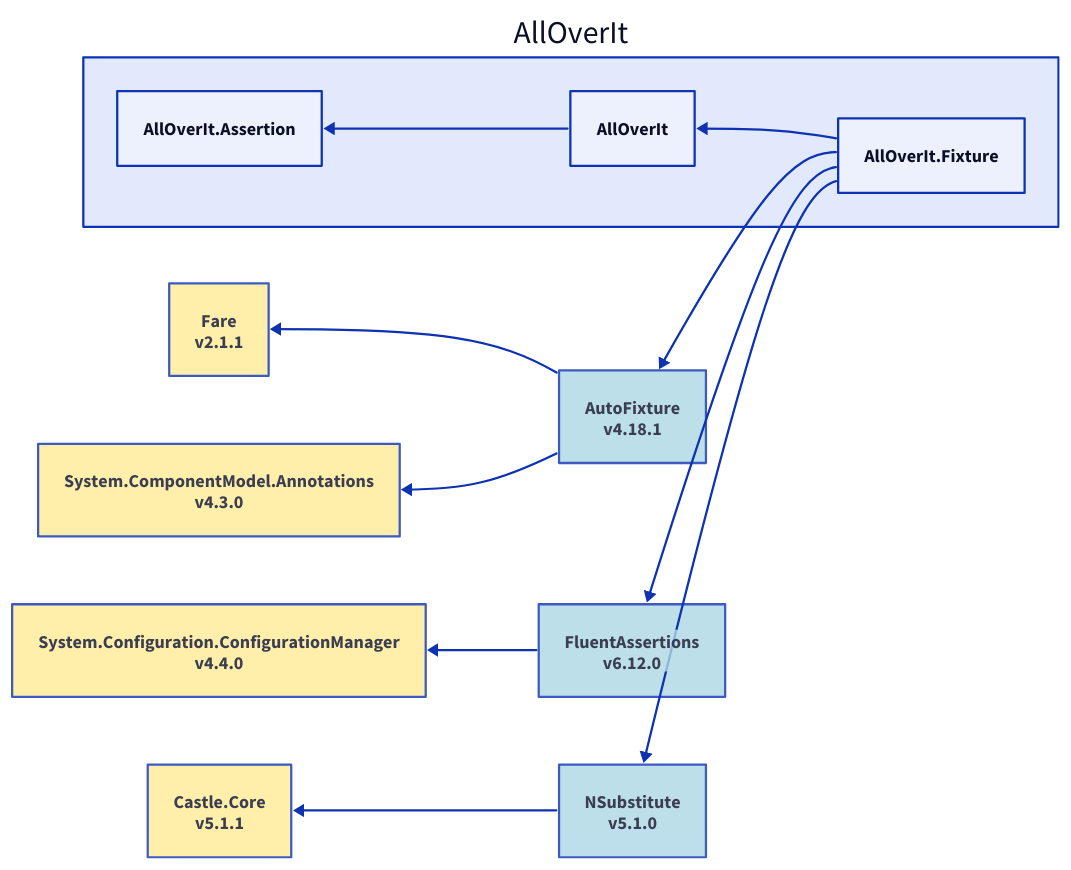
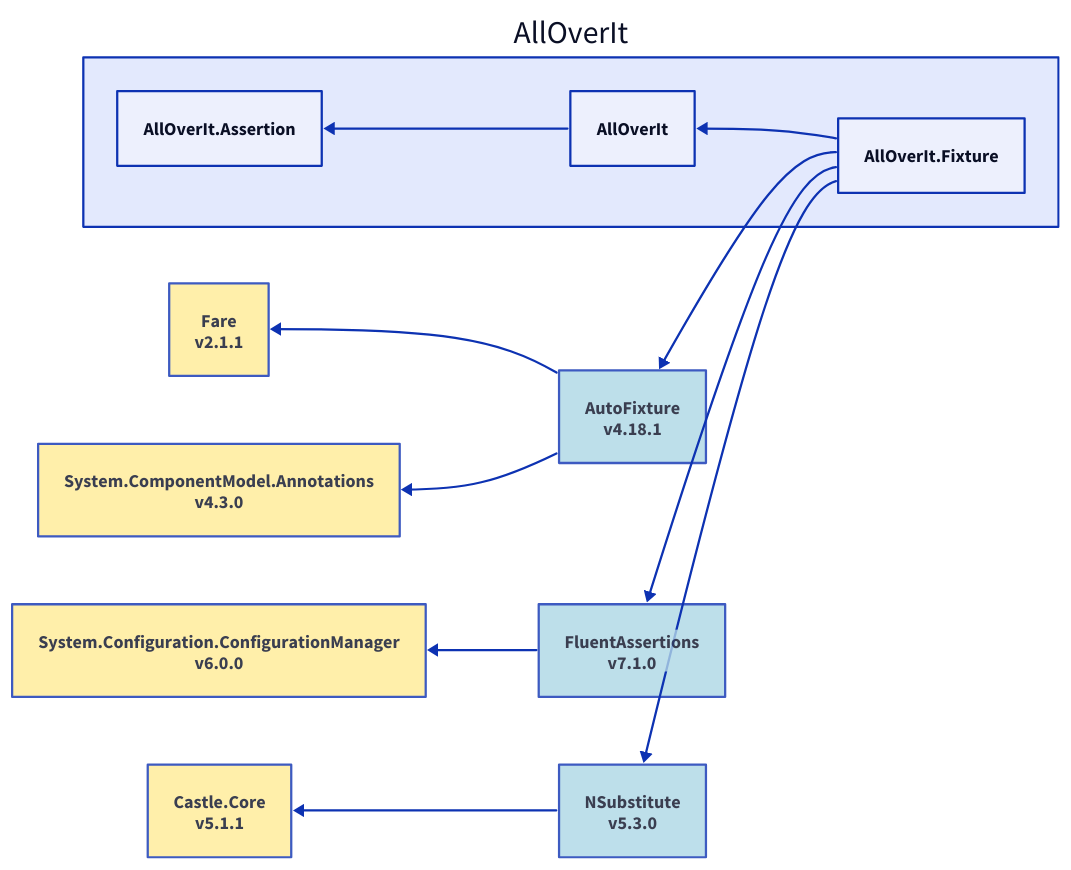
The diagram in Docs/Reference/Content/images/dependencies/net8.0/alloverit-fixture.d2 (mjfreelancing/AllOverIt), drawn with D2 before and after one commit. The commit also changed 236 other files, not shown here.

```diff
--- a/Docs/Reference/Content/images/dependencies/net8.0/alloverit-fixture.d2
+++ b/Docs/Reference/Content/images/dependencies/net8.0/alloverit-fixture.d2
@@ -1,36 +1,36 @@
 direction: left
 
 aoi: AllOverIt
 aoi.alloverit-fixture: AllOverIt.Fixture
 autofixture_4-18-1: AutoFixture\nv4.18.1
 autofixture_4-18-1.style.fill: "#ADD8E6"
 autofixture_4-18-1.style.opacity: 0.8
 fare_2-1-1: Fare\nv2.1.1
 fare_2-1-1.style.fill: "#FFEC96"
 fare_2-1-1.style.opacity: 0.8
 fare_2-1-1 <- autofixture_4-18-1
 system-componentmodel-annotations_4-3-0: System.ComponentModel.Annotations\nv4.3.0
 system-componentmodel-annotations_4-3-0.style.fill: "#FFEC96"
 system-componentmodel-annotations_4-3-0.style.opacity: 0.8
 system-componentmodel-annotations_4-3-0 <- autofixture_4-18-1
 autofixture_4-18-1 <- aoi.alloverit-fixture
-fluentassertions_6-12-0: FluentAssertions\nv6.12.0
-fluentassertions_6-12-0.style.fill: "#ADD8E6"
-fluentassertions_6-12-0.style.opacity: 0.8
-system-configuration-configurationmanager_4-4-0: System.Configuration.ConfigurationManager\nv4.4.0
-system-configuration-configurationmanager_4-4-0.style.fill: "#FFEC96"
-system-configuration-configurationmanager_4-4-0.style.opacity: 0.8
-system-configuration-configurationmanager_4-4-0 <- fluentassertions_6-12-0
-fluentassertions_6-12-0 <- aoi.alloverit-fixture
-nsubstitute_5-1-0: NSubstitute\nv5.1.0
-nsubstitute_5-1-0.style.fill: "#ADD8E6"
-nsubstitute_5-1-0.style.opacity: 0.8
+fluentassertions_7-1-0: FluentAssertions\nv7.1.0
+fluentassertions_7-1-0.style.fill: "#ADD8E6"
+fluentassertions_7-1-0.style.opacity: 0.8
+system-configuration-configurationmanager_6-0-0: System.Configuration.ConfigurationManager\nv6.0.0
+system-configuration-configurationmanager_6-0-0.style.fill: "#FFEC96"
+system-configuration-configurationmanager_6-0-0.style.opacity: 0.8
+system-configuration-configurationmanager_6-0-0 <- fluentassertions_7-1-0
+fluentassertions_7-1-0 <- aoi.alloverit-fixture
+nsubstitute_5-3-0: NSubstitute\nv5.3.0
+nsubstitute_5-3-0.style.fill: "#ADD8E6"
+nsubstitute_5-3-0.style.opacity: 0.8
 castle-core_5-1-1: Castle.Core\nv5.1.1
 castle-core_5-1-1.style.fill: "#FFEC96"
 castle-core_5-1-1.style.opacity: 0.8
-castle-core_5-1-1 <- nsubstitute_5-1-0
-nsubstitute_5-1-0 <- aoi.alloverit-fixture
+castle-core_5-1-1 <- nsubstitute_5-3-0
+nsubstitute_5-3-0 <- aoi.alloverit-fixture
 aoi.alloverit: AllOverIt
 aoi.alloverit-assertion: AllOverIt.Assertion
 aoi.alloverit-assertion <- aoi.alloverit
 aoi.alloverit <- aoi.alloverit-fixture
```
